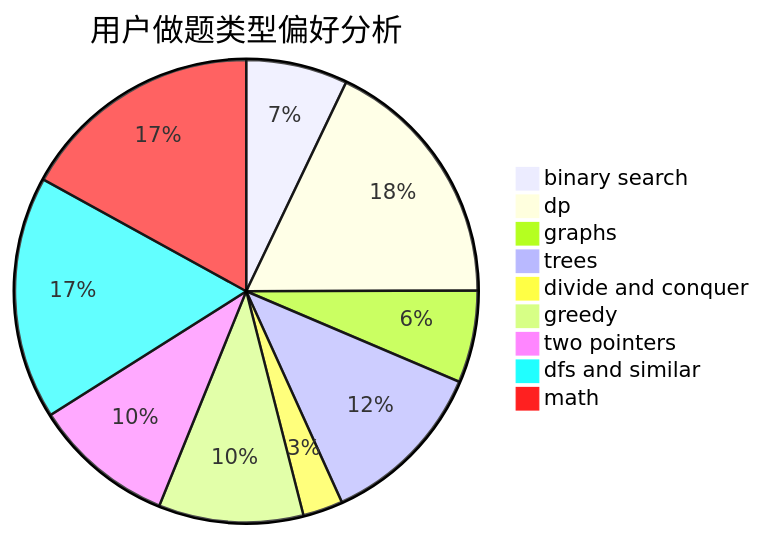
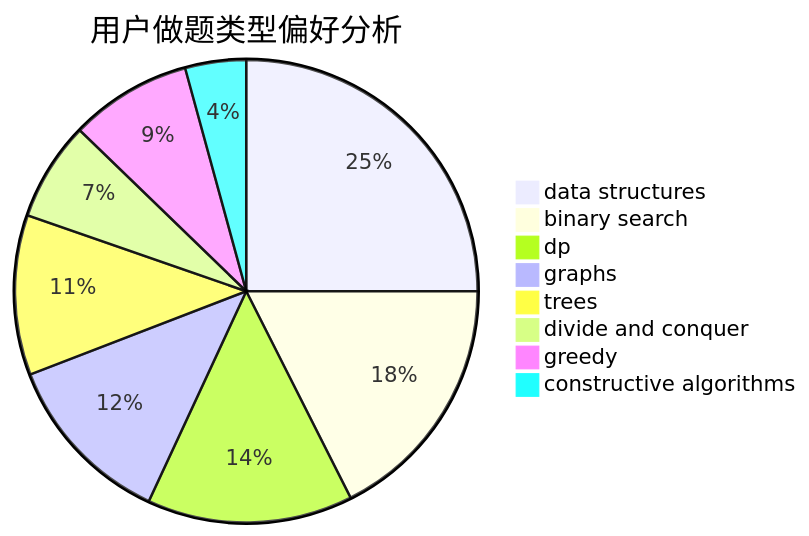
The second of 3 diagrams in docs/user/u186.md (sherpahu/cfrs.github.io), drawn with Mermaid before and after one commit. The commit also changed other lines of this file and 2775 other files, not shown here.

````diff
--- a/docs/user/u186.md
+++ b/docs/user/u186.md
@@ -23,12 +23,11 @@
 ```mermaid
 pie title 用户做题类型偏好分析
+    "data structures" :  47
     "binary search" :  33
-    "dp" :  83
-    "graphs" :  30
-    "trees" :  55
+    "dp" :  27
+    "graphs" :  23
+    "trees" :  21
     "divide and conquer" :  13
-    "greedy" :  47
-    "two pointers" :  46
-    "dfs and similar" :  79
-    "math" :  79
+    "greedy" :  16
+    "constructive algorithms" :  8
 ```
````
